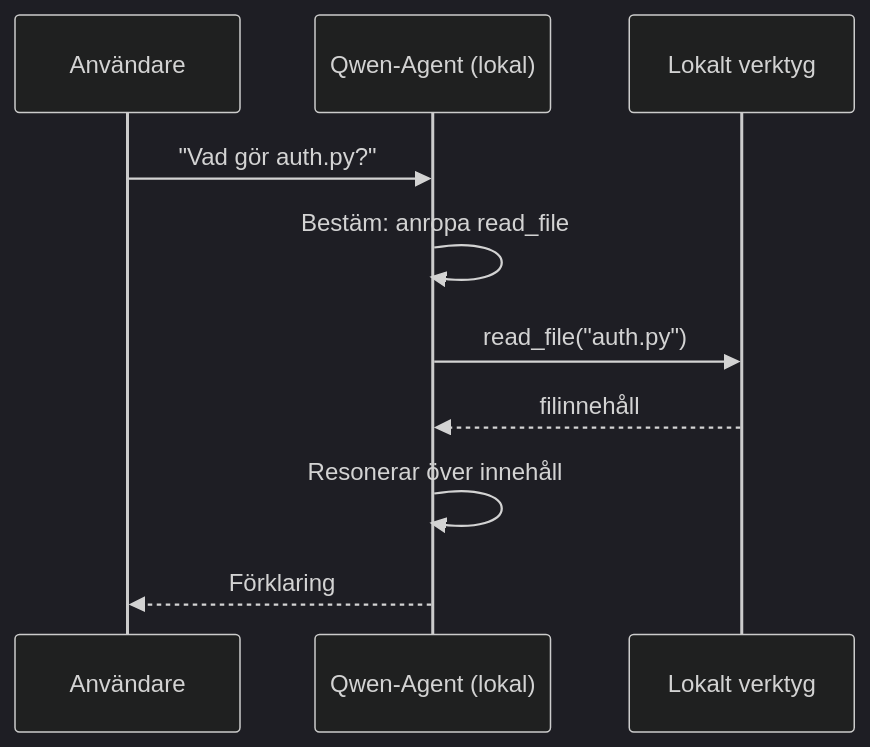
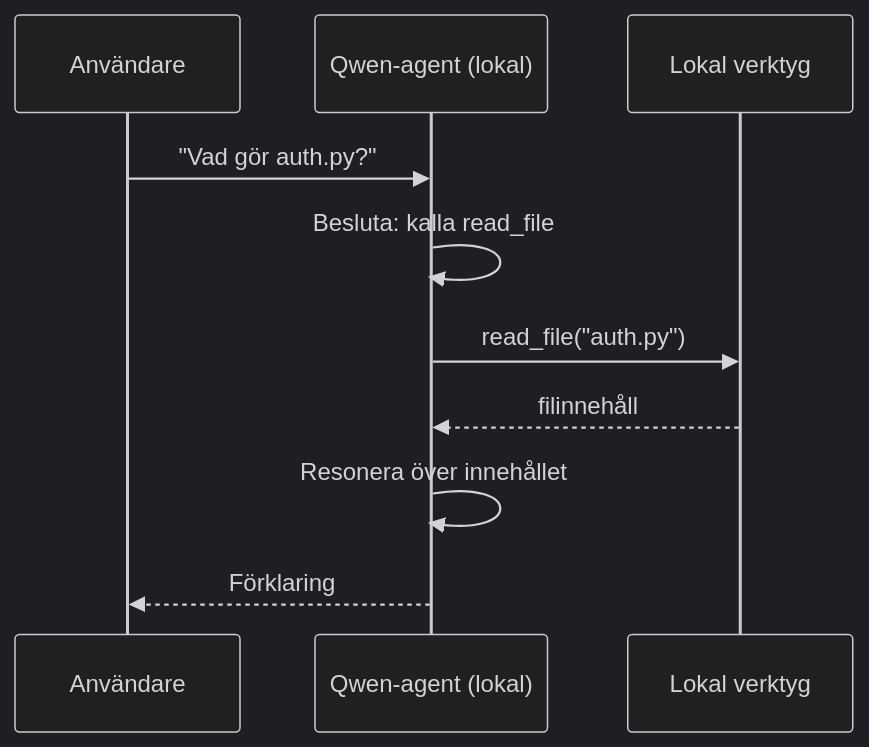
The second of 4 diagrams in mirrors/repos/microsoft@ai-agents-for-beginners/translations/sv/17-creating-local-ai-agents/README.md (gabrielmoreira/agent-skills-mirror), drawn with Mermaid (dark theme) before and after one commit. The commit also changed other lines of this file and 4262 other files, not shown here.

````diff
--- a/mirrors/repos/microsoft@ai-agents-for-beginners/translations/sv/17-creating-local-ai-agents/README.md
+++ b/mirrors/repos/microsoft@ai-agents-for-beginners/translations/sv/17-creating-local-ai-agents/README.md
@@ -106,12 +106,12 @@
 ```mermaid
 sequenceDiagram
     participant U as Användare
-    participant A as Qwen-Agent (lokal)
-    participant T as Lokalt verktyg
+    participant A as Qwen-agent (lokal)
+    participant T as Lokal verktyg
     U->>A: "Vad gör auth.py?"
-    A->>A: Bestäm: anropa read_file
+    A->>A: Besluta: kalla read_file
     A->>T: read_file("auth.py")
     T-->>A: filinnehåll
-    A->>A: Resonerar över innehåll
+    A->>A: Resonera över innehållet
     A-->>U: Förklaring
 ```
````
